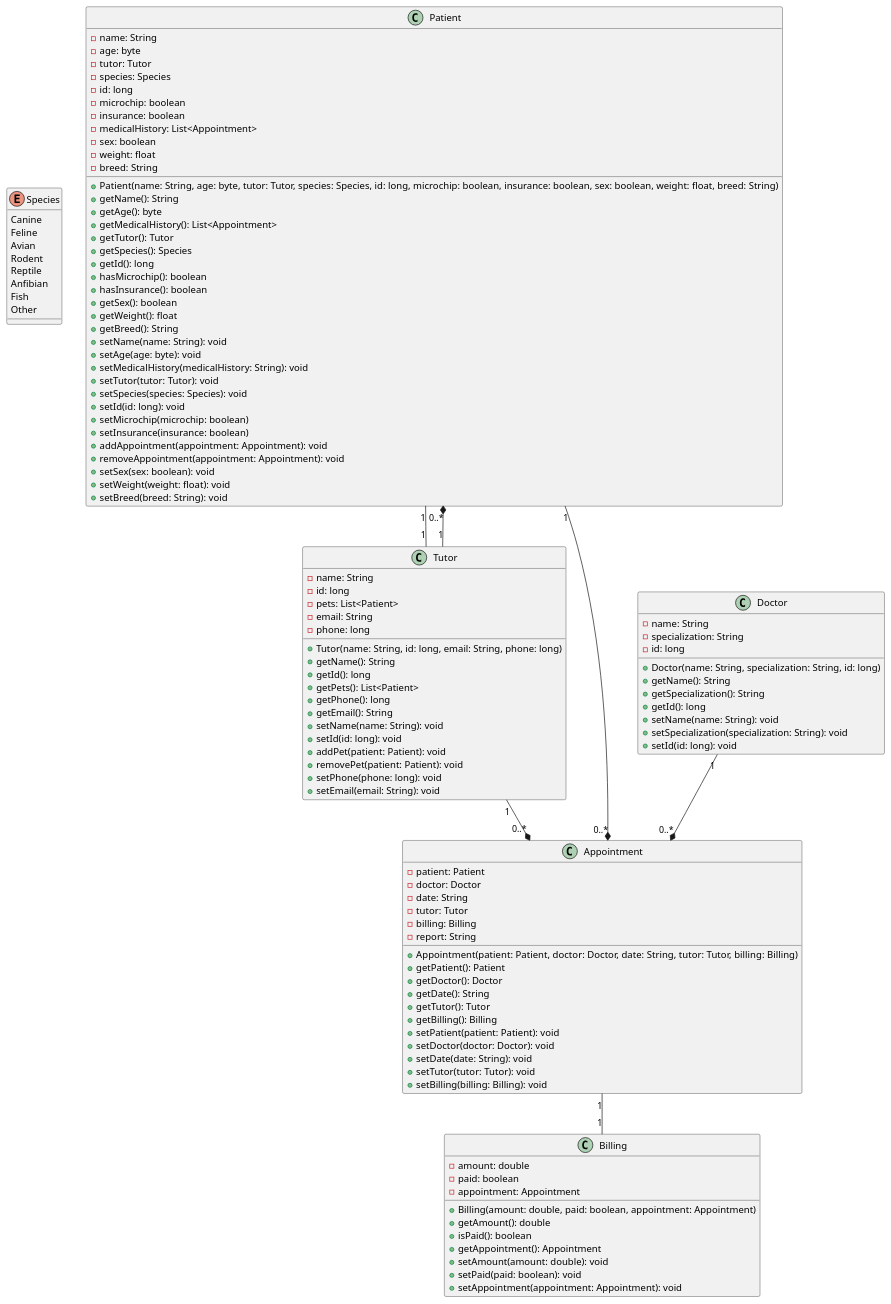
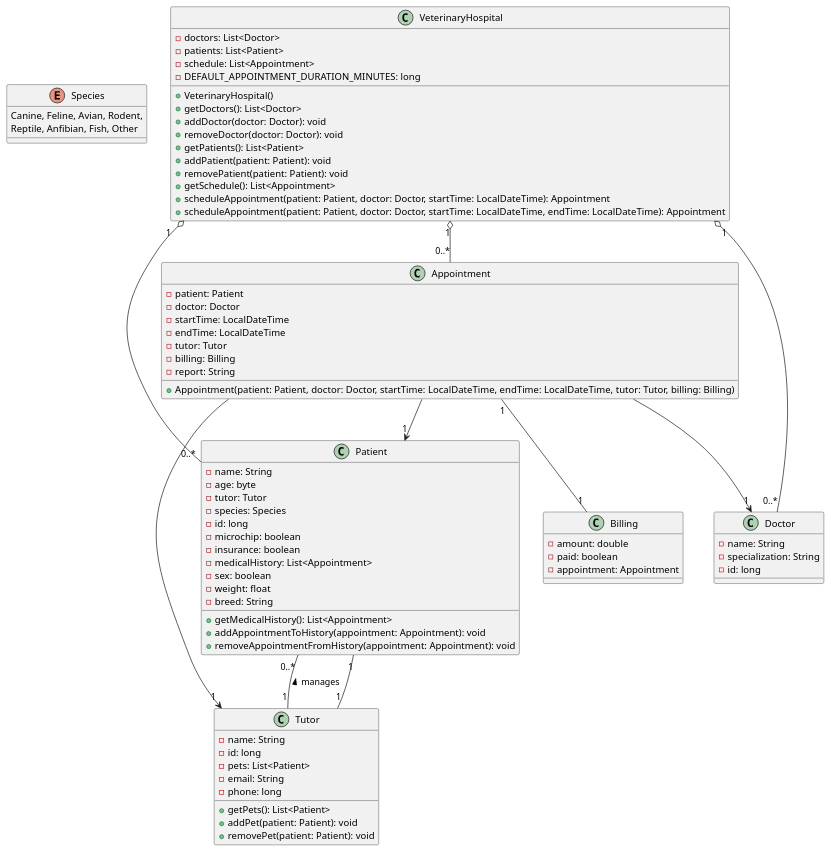
Before and after one commit to lfvperes/vhms: the diagram in docs/vhms.puml, drawn with PlantUML. The commit also changed 2 other files, not shown here.

Commit message:
docs: :memo: adding updated class diagram to readme
updates the plantuml code to match the latest code changes and adds the rendered class diagram to the readme file

```diff
--- a/docs/vhms.puml
+++ b/docs/vhms.puml
@@ -1,124 +1,102 @@
 @startuml
+' Enum for animal species, remains unchanged.
 enum Species {
-  Canine
-  Feline
-  Avian
-  Rodent
-  Reptile
-  Anfibian
-  Fish
-  Other
+  Canine, Feline, Avian, Rodent,
+  Reptile, Anfibian, Fish, Other
 }
 
+' The central class that manages the hospital's state and operations.
+class VeterinaryHospital {
+  - doctors: List<Doctor>
+  - patients: List<Patient>
+  - schedule: List<Appointment>
+  - DEFAULT_APPOINTMENT_DURATION_MINUTES: long
+  + VeterinaryHospital()
+  + getDoctors(): List<Doctor>
+  + addDoctor(doctor: Doctor): void
+  + removeDoctor(doctor: Doctor): void
+  + getPatients(): List<Patient>
+  + addPatient(patient: Patient): void
+  + removePatient(patient: Patient): void
+  + getSchedule(): List<Appointment>
+  + scheduleAppointment(patient: Patient, doctor: Doctor, startTime: LocalDateTime): Appointment
+  + scheduleAppointment(patient: Patient, doctor: Doctor, startTime: LocalDateTime, endTime: LocalDateTime): Appointment
+}
+
+' Patient class, now with a cleaner interface for managing medical history.
 class Patient {
   - name: String
   - age: byte
   - tutor: Tutor
   - species: Species
   - id: long
   - microchip: boolean
   - insurance: boolean
   - medicalHistory: List<Appointment>
   - sex: boolean
   - weight: float
   - breed: String
-  + Patient(name: String, age: byte, tutor: Tutor, species: Species, id: long, microchip: boolean, insurance: boolean, sex: boolean, weight: float, breed: String)
-  + getName(): String
-  + getAge(): byte
   + getMedicalHistory(): List<Appointment>
-  + getTutor(): Tutor
-  + getSpecies(): Species
-  + getId(): long
-  + hasMicrochip(): boolean
-  + hasInsurance(): boolean
-  + getSex(): boolean
-  + getWeight(): float
-  + getBreed(): String
-  + setName(name: String): void
-  + setAge(age: byte): void
-  + setMedicalHistory(medicalHistory: String): void
-  + setTutor(tutor: Tutor): void
-  + setSpecies(species: Species): void
-  + setId(id: long): void
-  + setMicrochip(microchip: boolean)
-  + setInsurance(insurance: boolean)
-  + addAppointment(appointment: Appointment): void
-  + removeAppointment(appointment: Appointment): void
-  + setSex(sex: boolean): void
-  + setWeight(weight: float): void
-  + setBreed(breed: String): void
+  + addAppointmentToHistory(appointment: Appointment): void
+  + removeAppointmentFromHistory(appointment: Appointment): void
+  ' ... other getters and setters are implied for brevity ...
 }
 
+' Tutor class, largely unchanged. Manages a list of their pets.
 class Tutor {
   - name: String
   - id: long
   - pets: List<Patient>
   - email: String
   - phone: long
-  + Tutor(name: String, id: long, email: String, phone: long)
-  + getName(): String
-  + getId(): long
   + getPets(): List<Patient>
-  + getPhone(): long
-  + getEmail(): String
-  + setName(name: String): void
-  + setId(id: long): void
   + addPet(patient: Patient): void
   + removePet(patient: Patient): void
-  + setPhone(phone: long): void
-  + setEmail(email: String): void
+  ' ... other getters and setters are implied for brevity ...
 }
 
+' Doctor class, unchanged. It's a data object.
 class Doctor {
   - name: String
   - specialization: String
   - id: long
-  + Doctor(name: String, specialization: String, id: long)
-  + getName(): String
-  + getSpecialization(): String
-  + getId(): long
-  + setName(name: String): void
-  + setSpecialization(specialization: String): void
-  + setId(id: long): void
+  ' ... getters and setters are implied for brevity ...
 }
 
+' Appointment class now uses precise LocalDateTime objects.
 class Appointment {
   - patient: Patient
   - doctor: Doctor
-  - date: String
+  - startTime: LocalDateTime
+  - endTime: LocalDateTime
   - tutor: Tutor
   - billing: Billing
   - report: String
-  + Appointment(patient: Patient, doctor: Doctor, date: String, tutor: Tutor, billing: Billing)
-  + getPatient(): Patient
-  + getDoctor(): Doctor
-  + getDate(): String
-  + getTutor(): Tutor
-  + getBilling(): Billing
-  + setPatient(patient: Patient): void
-  + setDoctor(doctor: Doctor): void
-  + setDate(date: String): void
-  + setTutor(tutor: Tutor): void
-  + setBilling(billing: Billing): void
+  + Appointment(patient: Patient, doctor: Doctor, startTime: LocalDateTime, endTime: LocalDateTime, tutor: Tutor, billing: Billing)
+  ' ... getters are implied for brevity ...
 }
 
+' Billing class, unchanged. Linked to one appointment.
 class Billing {
   - amount: double
   - paid: boolean
   - appointment: Appointment
-  + Billing(amount: double, paid: boolean, appointment: Appointment)
-  + getAmount(): double
-  + isPaid(): boolean
-  + getAppointment(): Appointment
-  + setAmount(amount: double): void
-  + setPaid(paid: boolean): void
-  + setAppointment(appointment: Appointment): void
+  ' ... getters and setters are implied for brevity ...
 }
 
+' --- Relationships ---
+' The VeterinaryHospital is the central aggregator.
+VeterinaryHospital "1" o-- "0..*" Doctor
+VeterinaryHospital "1" o-- "0..*" Patient
+VeterinaryHospital "1" o-- "0..*" Appointment
+
+' Core entity relationships.
+Appointment "1" -- "1" Billing
+Appointment --> "1" Patient
+Appointment --> "1" Doctor
+Appointment --> "1" Tutor
+
 Patient "1" -- "1" Tutor
-Tutor "1" --* "0..*" Patient
-Patient "1" --* "0..*" Appointment
-Doctor "1" --* "0..*" Appointment
-Tutor "1" --* "0..*" Appointment
-Appointment "1" -- "1" Billing
+Tutor "1" -- "0..*" Patient : manages >
+
 @enduml
```
